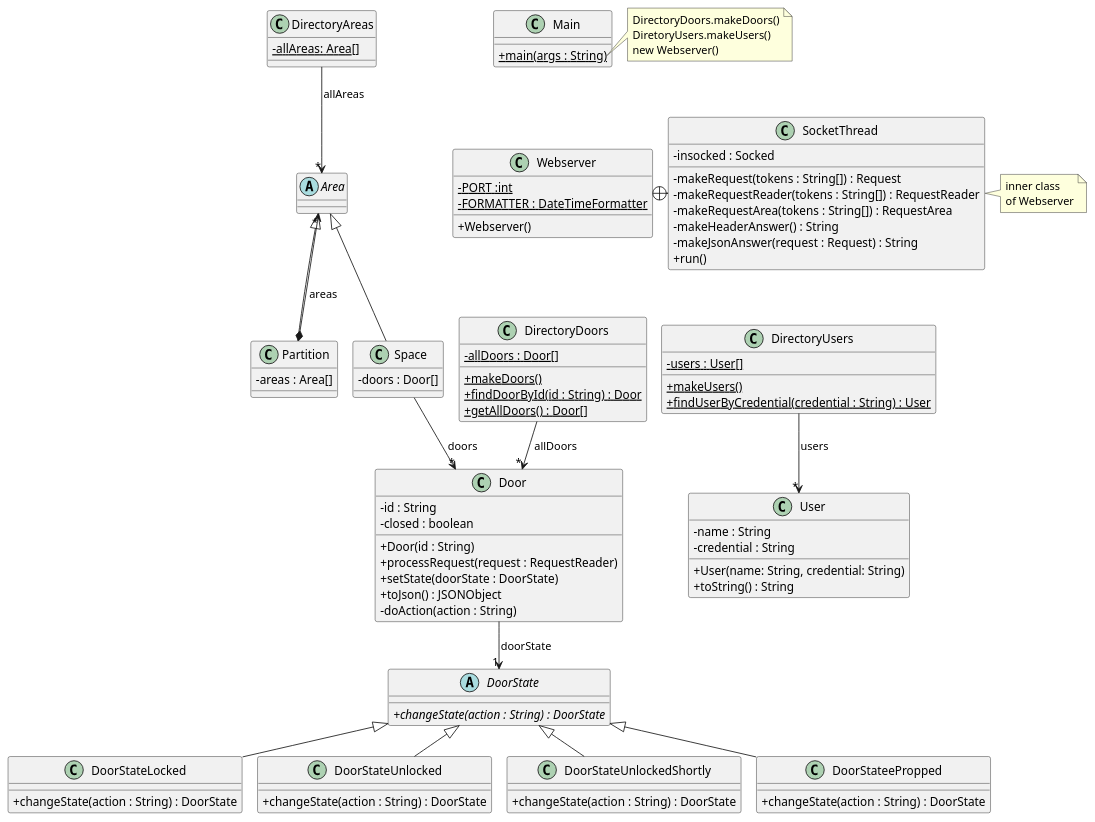
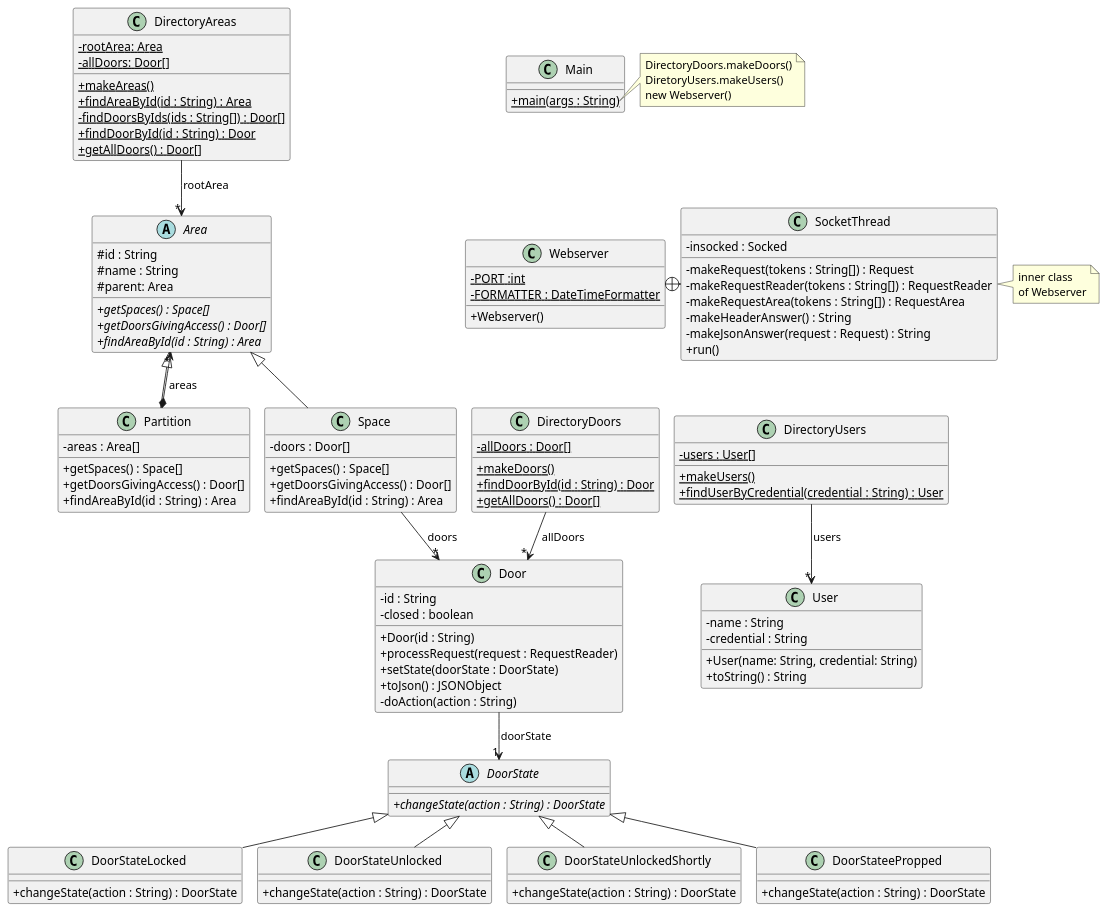
One commit to cantepoler/acs_uab changed the diagram in src/baseNoStates/uml/base_no_states.puml. Above: the diagram before and after it, drawn with PlantUML. The commit also changed 8 other files, not shown here.

Commit message:
Comments and PlantUML

```diff
--- a/src/baseNoStates/uml/base_no_states.puml
+++ b/src/baseNoStates/uml/base_no_states.puml
@@ -1,125 +1,142 @@
 @startuml
 'https://plantuml.com/class-diagram
 skinparam classAttributeIconSize 0
 !pragma layout smetana
 
 class Webserver {
 - {static} PORT :int
 - {static} FORMATTER : DateTimeFormatter
 + Webserver()
 }
 
 class SocketThread {
 - insocked : Socked
 - makeRequest(tokens : String[]) : Request
 - makeRequestReader(tokens : String[]) : RequestReader
 - makeRequestArea(tokens : String[]) : RequestArea
 - makeHeaderAnswer() : String
 - makeJsonAnswer(request : Request) : String
 + run()
 }
 
 Webserver +-right- SocketThread
 
 note right of SocketThread
 inner class
 of Webserver
 end note
 
 class DirectoryAreas
 {
-{static}-allAreas: Area[]
+{static}-rootArea: Area
+{static}-allDoors: Door[]
+{static}+makeAreas()
+{static}+findAreaById(id : String) : Area
+{static}-findDoorsByIds(ids : String[]) : Door[]
+{static}+findDoorById(id : String) : Door
+{static}+getAllDoors() : Door[]
 }
 
-DirectoryAreas --> "*" Area : "allAreas"
+DirectoryAreas --> "*" Area : "rootArea"
 
 class DirectoryDoors {
 - {static} allDoors : Door[]
 + {static} makeDoors()
 + {static} findDoorById(id : String) : Door
 + {static} getAllDoors() : Door[]
 }
 
 DirectoryDoors --> "*" Door : "allDoors"
 
 class DirectoryUsers {
 - {static} users : User[]
 + {static} makeUsers()
 + {static} findUserByCredential(credential : String) : User
 }
 
 DirectoryUsers --> "*" User : "users"
 
 class Door {
 - id : String
 - closed : boolean
 + Door(id : String)
 + processRequest(request : RequestReader)
 + setState(doorState : DoorState)
 + toJson() : JSONObject
 '+ toString() : String
 '+ isClosed() :boolean
 '+ setClosed(b : boolean)
 '+ getStateName() : String
 - doAction(action : String)
 
 }
 
 
 class User {
 - name : String
 - credential : String
 + User(name: String, credential: String)
 + toString() : String
 }
 
 
 class Main {
 + {static} main(args : String)
 }
 
 abstract DoorState{
 {abstract}+ changeState(action : String) : DoorState
 }
 
 class DoorStateLocked extends DoorState{
 + changeState(action : String) : DoorState
 }
 
 class DoorStateUnlocked extends DoorState{
 + changeState(action : String) : DoorState
 }
 
 class DoorStateUnlockedShortly extends DoorState{
 + changeState(action : String) : DoorState
 }
 
 class DoorStateePropped extends DoorState{
 + changeState(action : String) : DoorState
 }
 
 abstract Area{
-
+#id : String
+#name : String
+#parent: Area
+{abstract}+ getSpaces() : Space[]
+{abstract}+ getDoorsGivingAccess() : Door[]
+{abstract}+ findAreaById(id : String) : Area
 }
 
 class Space extends Area{
 - doors : Door[]
++ getSpaces() : Space[]
++ getDoorsGivingAccess() : Door[]
++ findAreaById(id : String) : Area
 }
 
 class Partition extends Area{
 - areas : Area[]
++ getSpaces() : Space[]
++ getDoorsGivingAccess() : Door[]
++ findAreaById(id : String) : Area
 }
 
 note right of Main::main
 DirectoryDoors.makeDoors()
 DiretoryUsers.makeUsers()
 new Webserver()
 end note
 
 Main -[hidden]down- Webserver
 Webserver -[hidden]down- DirectoryDoors
 DirectoryDoors -[hidden]right- DirectoryUsers
 Door -->"1" DoorState : doorState
 Partition *-->"*" Area : areas
 Space -->"*" Door : doors
 @enduml
```
